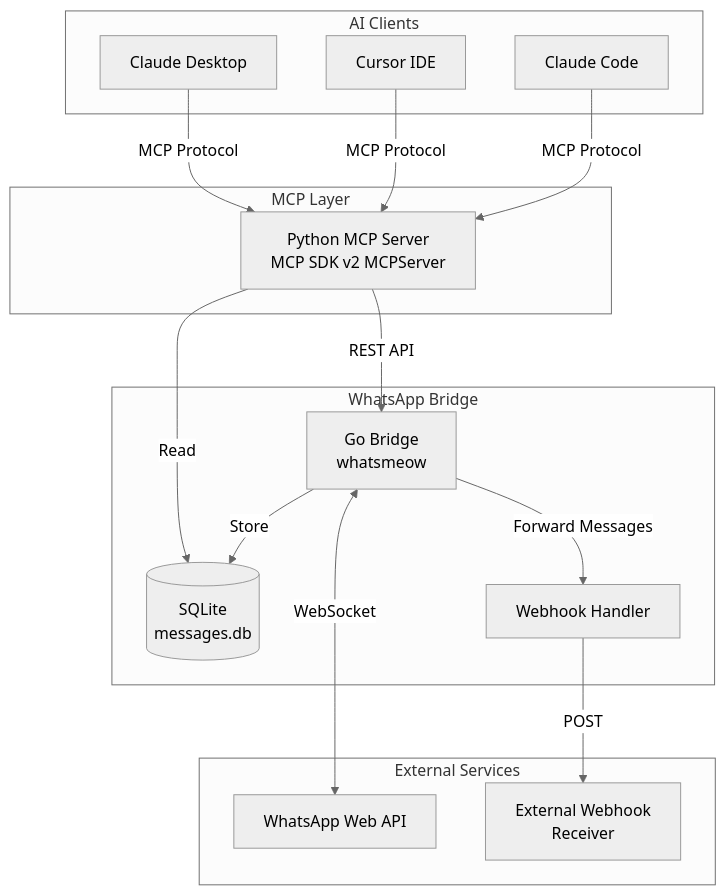
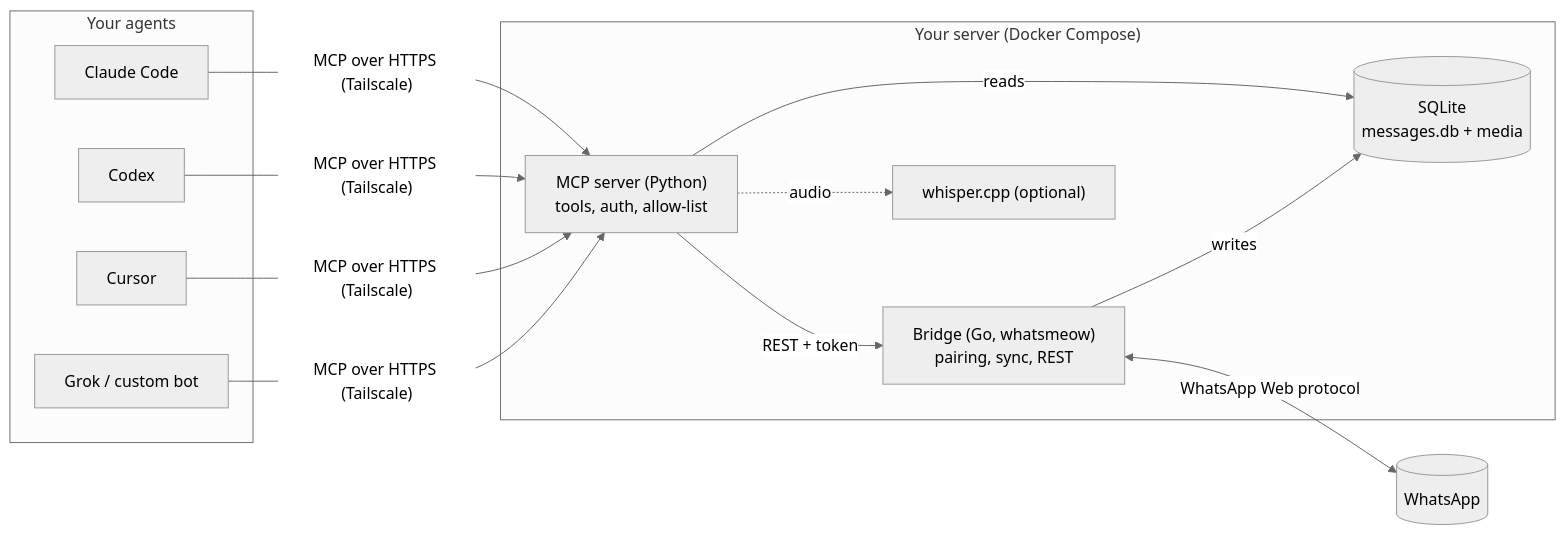
Before and after one commit to Tauri-EPO/whatsapp-mcp: the diagram in README.md, drawn with Mermaid (neutral theme). The commit also changed other lines of this file and 8 other files, not shown here.

````diff
--- a/README.md
+++ b/README.md
@@ -907,31 +148,21 @@
 ```mermaid
-flowchart TB
-    subgraph Clients["AI Clients"]
-        CD[Claude Desktop]
-        CU[Cursor IDE]
+flowchart LR
+    subgraph Clients["Your agents"]
         CC[Claude Code]
+        CX[Codex]
+        CU[Cursor]
+        BOT[Grok / custom bot]
     end
-
-    subgraph MCP["MCP Layer"]
-        PY[Python MCP Server<br/>MCP SDK v2 MCPServer]
+    subgraph Server["Your server (Docker Compose)"]
+        PY["MCP server (Python)<br/>tools, auth, allow-list"]
+        GO["Bridge (Go, whatsmeow)<br/>pairing, sync, REST"]
+        DB[("SQLite<br/>messages.db + media")]
+        WH["whisper.cpp (optional)"]
     end
-
-    subgraph Bridge["WhatsApp Bridge"]
-        GO[Go Bridge<br/>whatsmeow]
-        DB[(SQLite<br/>messages.db)]
-        WH[Webhook Handler]
-    end
-
-    subgraph External["External Services"]
-        WA[WhatsApp Web API]
-        EXT[External Webhook<br/>Receiver]
-    end
-
-    CD & CU & CC -->|MCP Protocol| PY
-    PY -->|REST API| GO
-    PY -->|Read| DB
-    GO -->|Store| DB
-    GO <-->|WebSocket| WA
-    GO -->|Forward Messages| WH
-    WH -->|POST| EXT
+    CC & CX & CU & BOT -->|"MCP over HTTPS (Tailscale)"| PY
+    PY -->|reads| DB
+    PY -->|REST + token| GO
+    GO -->|writes| DB
+    PY -.->|audio| WH
+    GO <-->|WhatsApp Web protocol| WA[(WhatsApp)]
 ```
````
